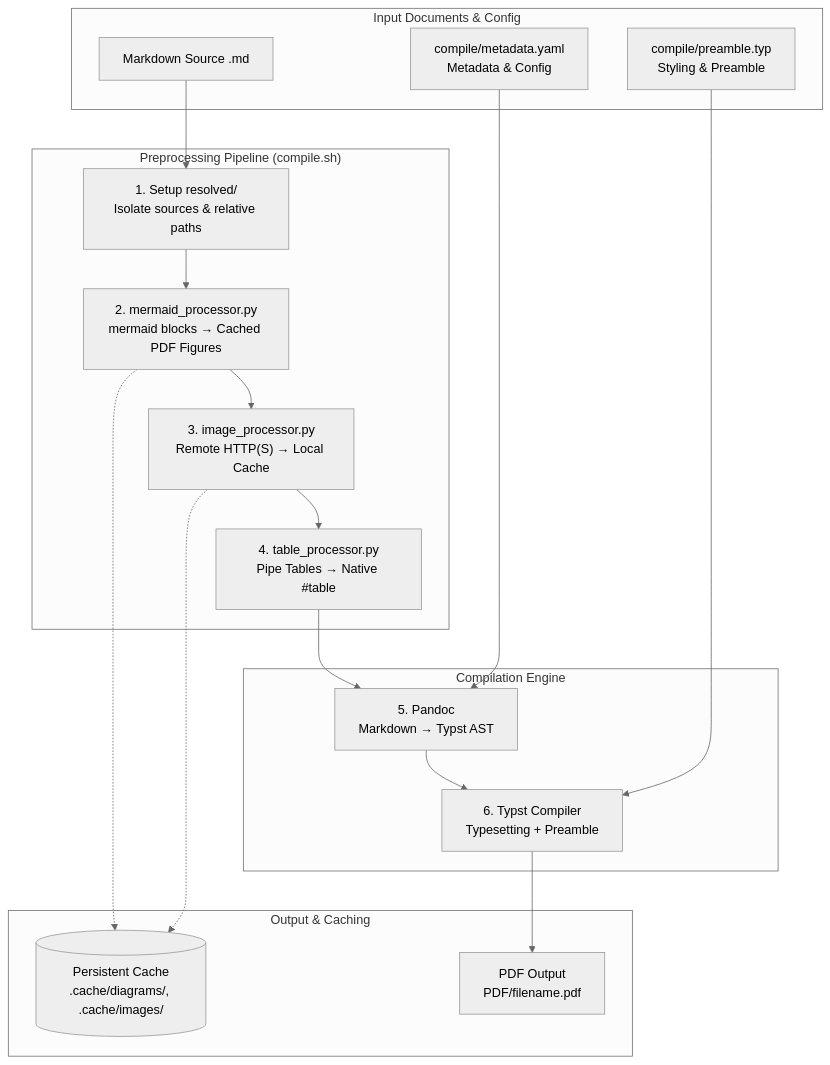
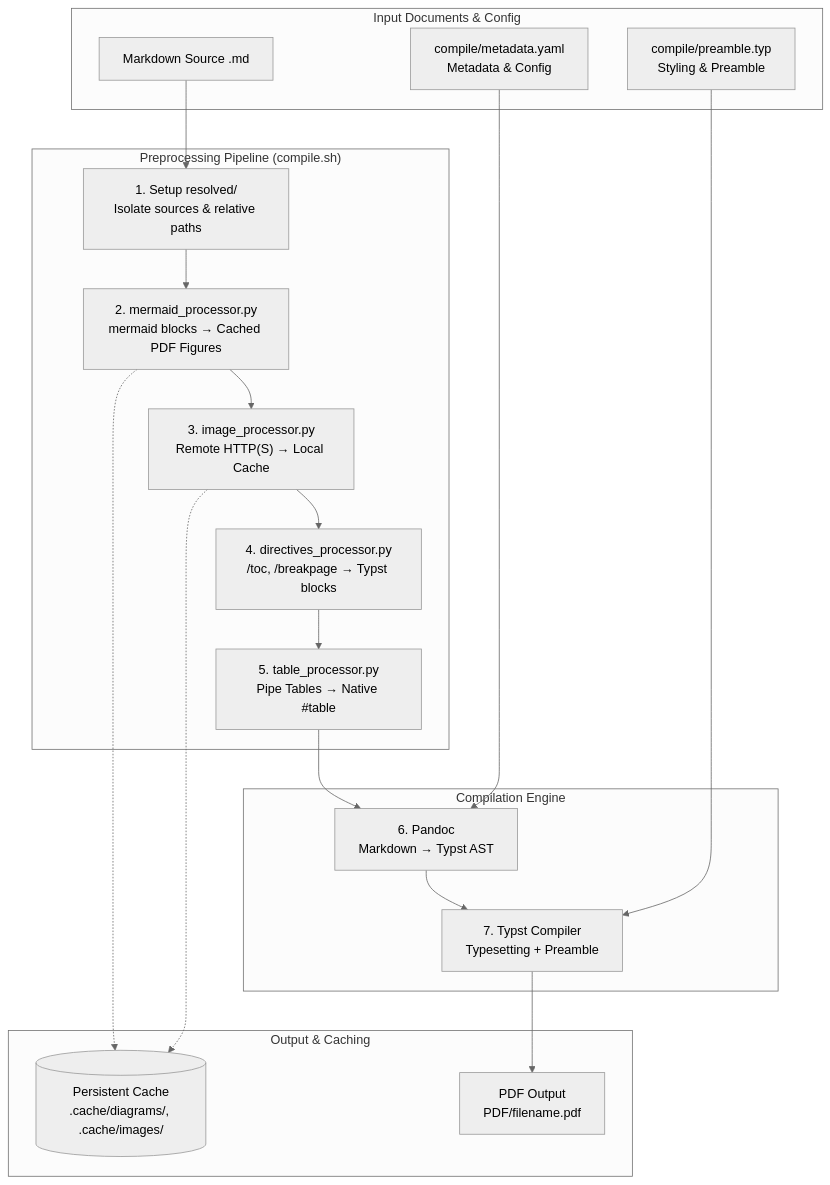
One commit to Masrkai/MRKcompile changed the diagram in README.md. Above: the diagram before and after it, drawn with Mermaid (neutral theme). The commit also changed other lines of this file and 7 other files, not shown here.

````diff
--- a/README.md
+++ b/README.md
@@ -9,37 +9,39 @@
 ```mermaid
 graph TD
     subgraph Input Documents & Config
         MD[Markdown Source .md]
         Meta["compile/metadata.yaml<br/>Metadata & Config"]
         Pre["compile/preamble.typ<br/>Styling & Preamble"]
     end
 
     subgraph "Preprocessing Pipeline (compile.sh)"
         Res["1. Setup resolved/<br/>Isolate sources & relative paths"]
         Mermaid["2. mermaid_processor.py<br/>mermaid blocks → Cached PDF Figures"]
         Images["3. image_processor.py<br/>Remote HTTP(S) → Local Cache"]
-        Tables["4. table_processor.py<br/>Pipe Tables → Native #table"]
+        Directives["4. directives_processor.py<br/>/toc, /breakpage → Typst blocks"]
+        Tables["5. table_processor.py<br/>Pipe Tables → Native #table"]
     end
 
     subgraph Compilation Engine
-        Pandoc["5. Pandoc<br/>Markdown → Typst AST"]
-        Typst["6. Typst Compiler<br/>Typesetting + Preamble"]
+        Pandoc["6. Pandoc<br/>Markdown → Typst AST"]
+        Typst["7. Typst Compiler<br/>Typesetting + Preamble"]
     end
 
     subgraph Output & Caching
         PDF["PDF Output<br/>PDF/filename.pdf"]
         Cache[("Persistent Cache<br/>.cache/diagrams/, .cache/images/")]
     end
 
     MD --> Res
     Res --> Mermaid
     Mermaid --> Images
-    Images --> Tables
+    Images --> Directives
+    Directives --> Tables
     Tables --> Pandoc
     Meta --> Pandoc
     Pre --> Typst
     Pandoc --> Typst
     Typst --> PDF
     Mermaid -.-> Cache
     Images -.-> Cache
 ```
````
